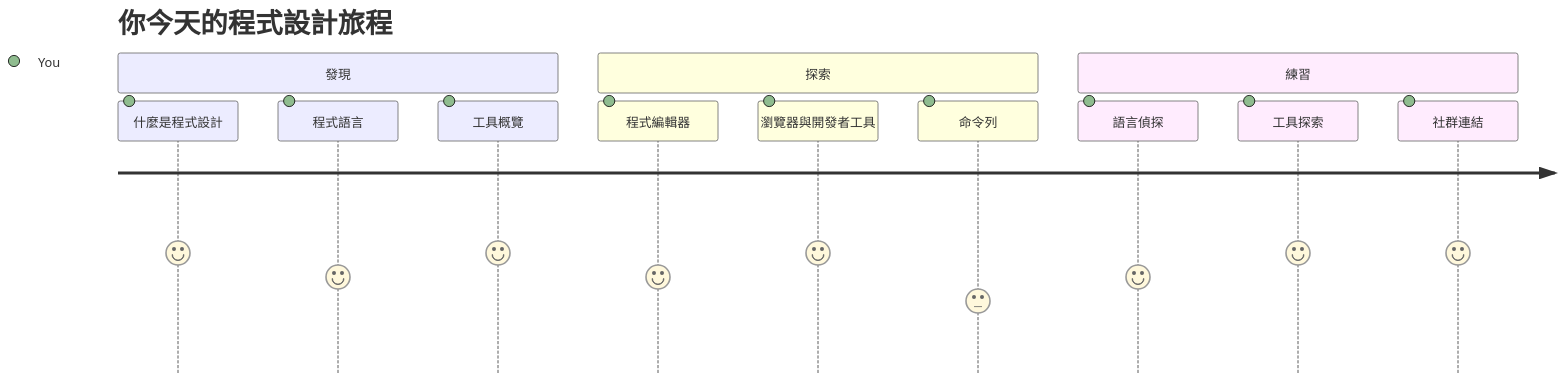
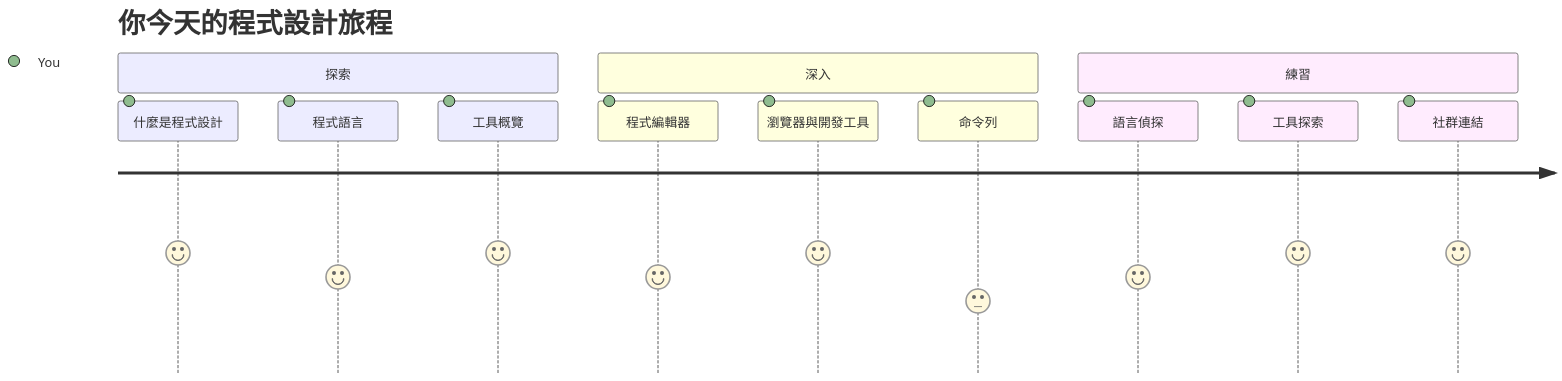
One commit to microsoft/Web-Dev-For-Beginners changed the first of 7 diagrams in translations/zh-TW/1-getting-started-lessons/1-intro-to-programming-languages/README.md. Above: the diagram before and after it, drawn with Mermaid. The commit also changed other lines of this file and 8 other files, not shown here.

````diff
--- a/translations/zh-TW/1-getting-started-lessons/1-intro-to-programming-languages/README.md
+++ b/translations/zh-TW/1-getting-started-lessons/1-intro-to-programming-languages/README.md
@@ -14,16 +14,16 @@
 ```mermaid
 journey
     title 你今天的程式設計旅程
-    section 發現
+    section 探索
       什麼是程式設計: 5: You
       程式語言: 4: You
       工具概覽: 5: You
-    section 探索
+    section 深入
       程式編輯器: 4: You
-      瀏覽器與開發者工具: 5: You
+      瀏覽器與開發工具: 5: You
       命令列: 3: You
     section 練習
       語言偵探: 4: You
       工具探索: 5: You
       社群連結: 5: You
 ```
````
